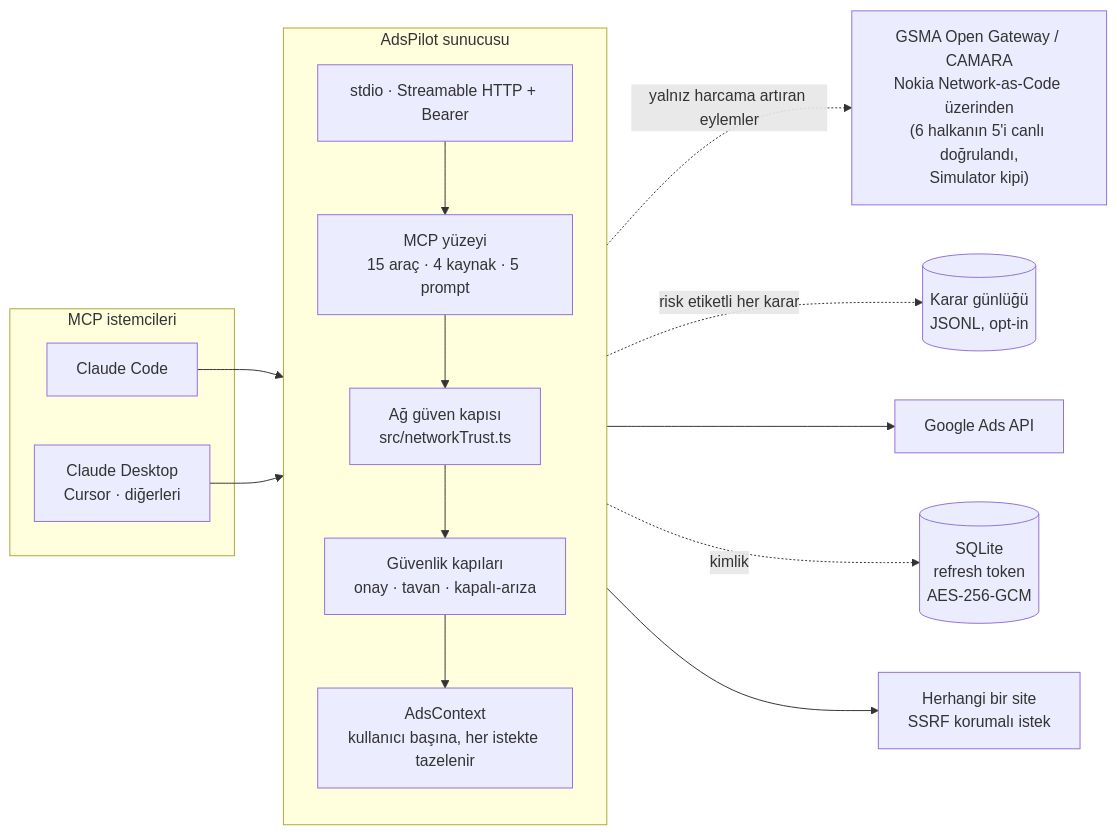
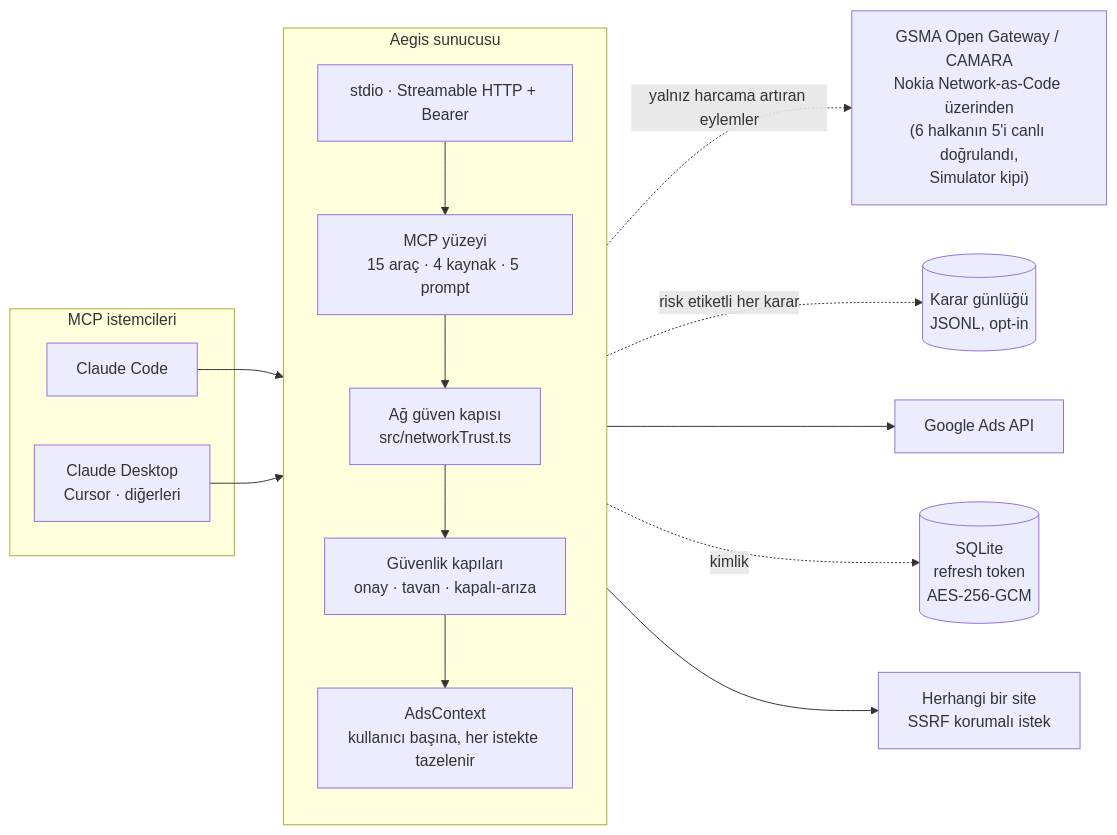
Before and after one commit to Xaena53/aegis: the third of 3 diagrams in README.tr.md, drawn with Mermaid. The commit also changed other lines of this file and 71 other files, not shown here.

````diff
--- a/README.tr.md
+++ b/README.tr.md
@@ -347,34 +347,34 @@
 ```mermaid
 flowchart LR
     subgraph clients["MCP istemcileri"]
         CC["Claude Code"]
         CD["Claude Desktop<br/>Cursor · diğerleri"]
     end
 
-    subgraph server["AdsPilot sunucusu"]
+    subgraph server["Aegis sunucusu"]
         direction TB
         T["stdio · Streamable HTTP + Bearer"]
         M["MCP yüzeyi<br/>15 araç · 4 kaynak · 5 prompt"]
         NT["Ağ güven kapısı<br/>src/networkTrust.ts"]
         SG["Güvenlik kapıları<br/>onay · tavan · kapalı-arıza"]
         AC["AdsContext<br/>kullanıcı başına, her istekte tazelenir"]
     end
 
     DB[("SQLite<br/>refresh token<br/>AES-256-GCM")]
     GA["Google Ads API"]
     WEB["Herhangi bir site<br/>SSRF korumalı istek"]
     NAC["GSMA Open Gateway / CAMARA<br/>Nokia Network-as-Code üzerinden<br/>(6 halkanın 5'i canlı doğrulandı,<br/>Simulator kipi)"]
     LOG[("Karar günlüğü<br/>JSONL, opt-in")]
 
     CC --> T
     CD --> T
     T --> M
     M --> NT
     NT -.yalnız harcama artıran eylemler.-> NAC
     NT --> SG
     NT -.risk etiketli her karar.-> LOG
     SG --> AC
     AC --> GA
     AC -.kimlik.-> DB
     M --> WEB
 ```
````
